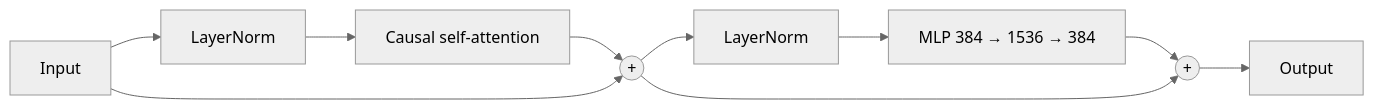
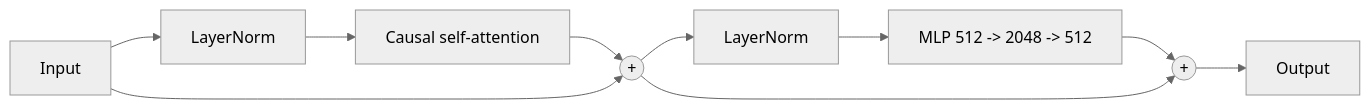
The first of 3 diagrams in README.md (yogeshsikhwal77/nanoGPT), drawn with Mermaid (neutral theme) before and after one commit. The commit also changed other lines of this file and 5 other files, not shown here.

````diff
--- a/README.md
+++ b/README.md
@@ -109,9 +109,8 @@
 ```mermaid
 flowchart LR
-
     A[Input] --> B[LayerNorm] --> C[Causal self-attention] --> D((+))
     A --> D
-    D --> E[LayerNorm] --> F["MLP 384 → 1536 → 384"] --> G((+))
+    D --> E[LayerNorm] --> F["MLP 512 -> 2048 -> 512"] --> G((+))
     D --> G
     G --> H[Output]
 ```
````
